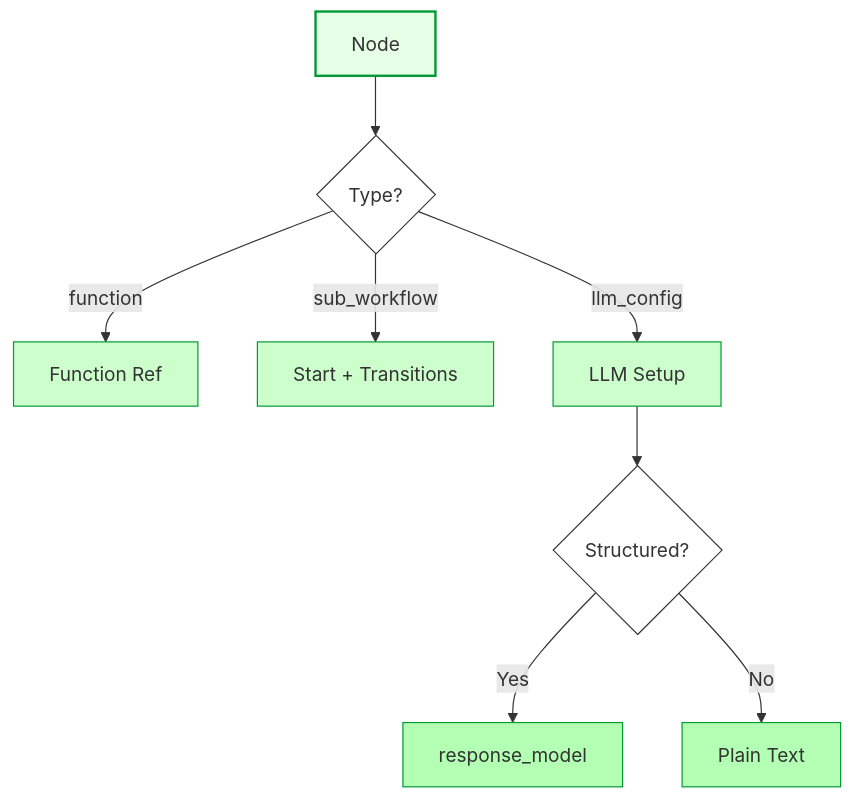
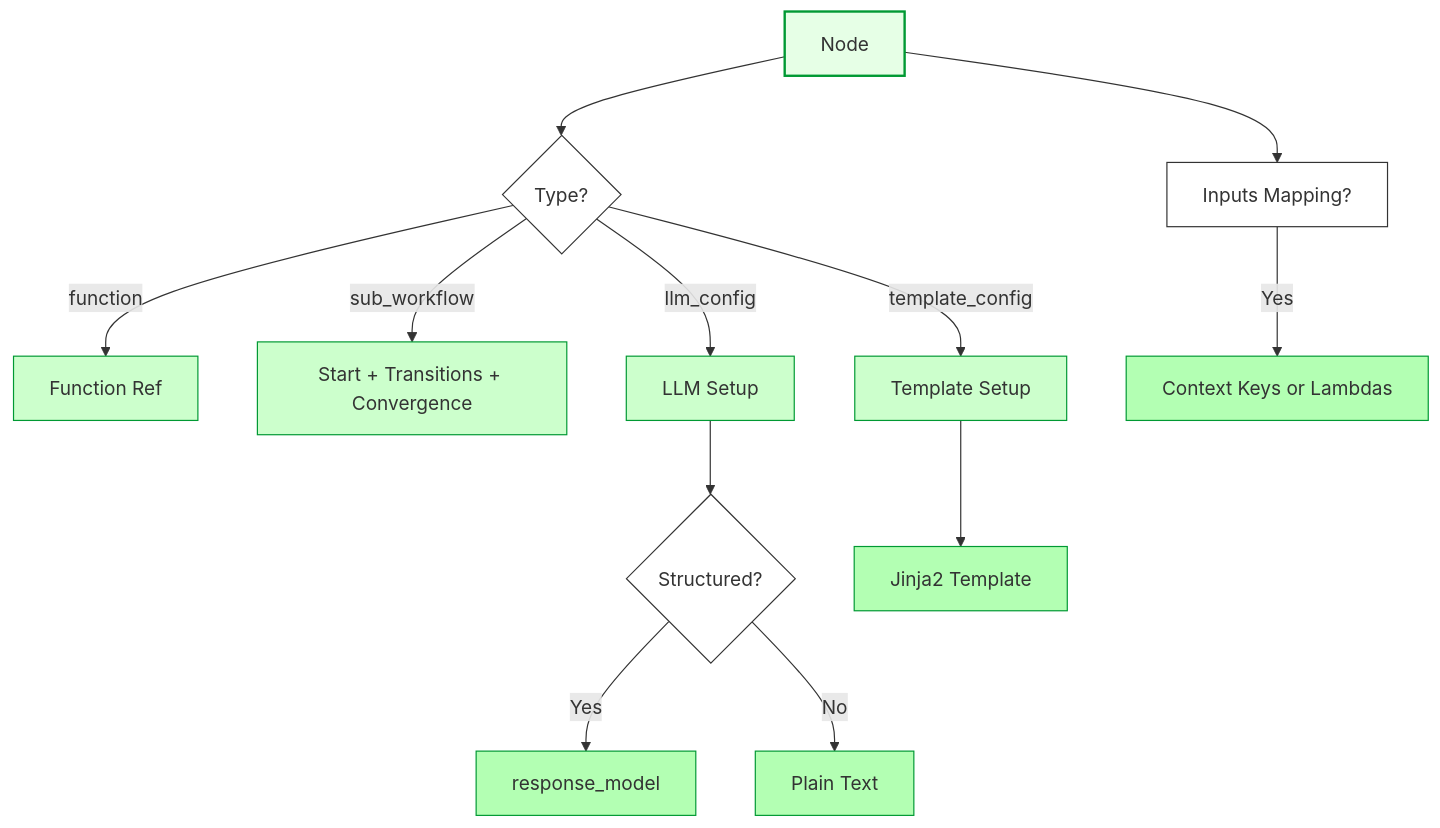
The fourth of 6 diagrams in quantalogic/flow/flow_yaml.md (quantalogic/quantalogic), drawn with Mermaid before and after one commit. The commit also changed other lines of this file and 23 other files, not shown here.

````diff
--- a/quantalogic/flow/flow_yaml.md
+++ b/quantalogic/flow/flow_yaml.md
@@ -395,18 +453,26 @@
 ```mermaid
 graph TD
     A[Node] --> B{Type?}
     B -->|function| C[Function Ref]
-    B -->|sub_workflow| D[Start + Transitions]
+    B -->|sub_workflow| D[Start + Transitions + Convergence]
     B -->|llm_config| E[LLM Setup]
-    E --> F{Structured?}
-    F -->|Yes| G[response_model]
-    F -->|No| H[Plain Text]
+    B -->|template_config| F[Template Setup]
+    A --> G[Inputs Mapping?]
+    G -->|Yes| H[Context Keys or Lambdas]
+    E --> I{Structured?}
+    I -->|Yes| J[response_model]
+    I -->|No| K[Plain Text]
+    F --> L[Jinja2 Template]
     style A fill:#e6ffe6,stroke:#009933,stroke-width:2px
     style B fill:#fff,stroke:#333
     style C fill:#ccffcc,stroke:#009933
     style D fill:#ccffcc,stroke:#009933
     style E fill:#ccffcc,stroke:#009933
-    style F fill:#fff,stroke:#333
-    style G fill:#b3ffb3,stroke:#009933
+    style F fill:#ccffcc,stroke:#009933
+    style G fill:#fff,stroke:#333
     style H fill:#b3ffb3,stroke:#009933
+    style I fill:#fff,stroke:#333
+    style J fill:#b3ffb3,stroke:#009933
+    style K fill:#b3ffb3,stroke:#009933
+    style L fill:#b3ffb3,stroke:#009933
 ```
````
